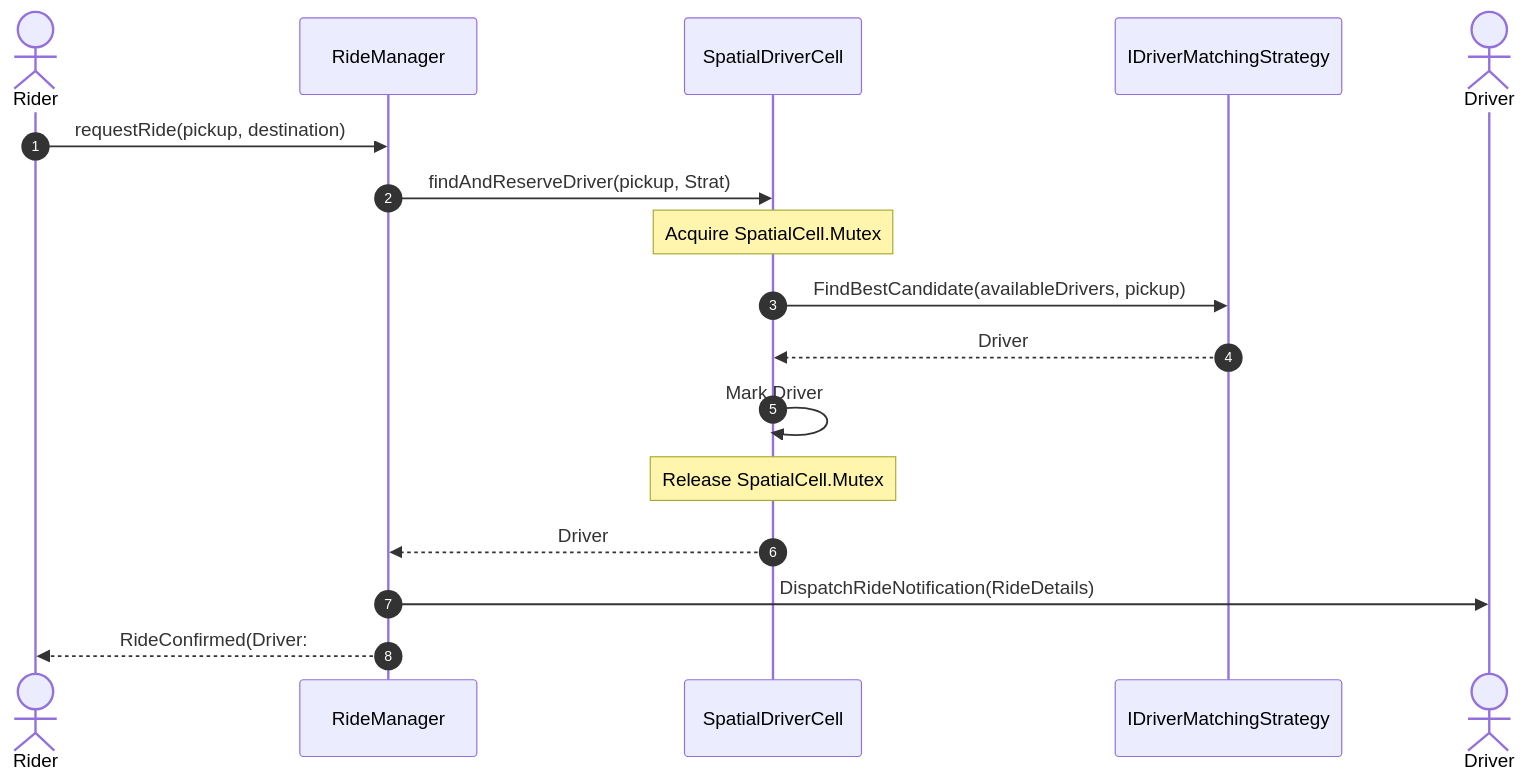
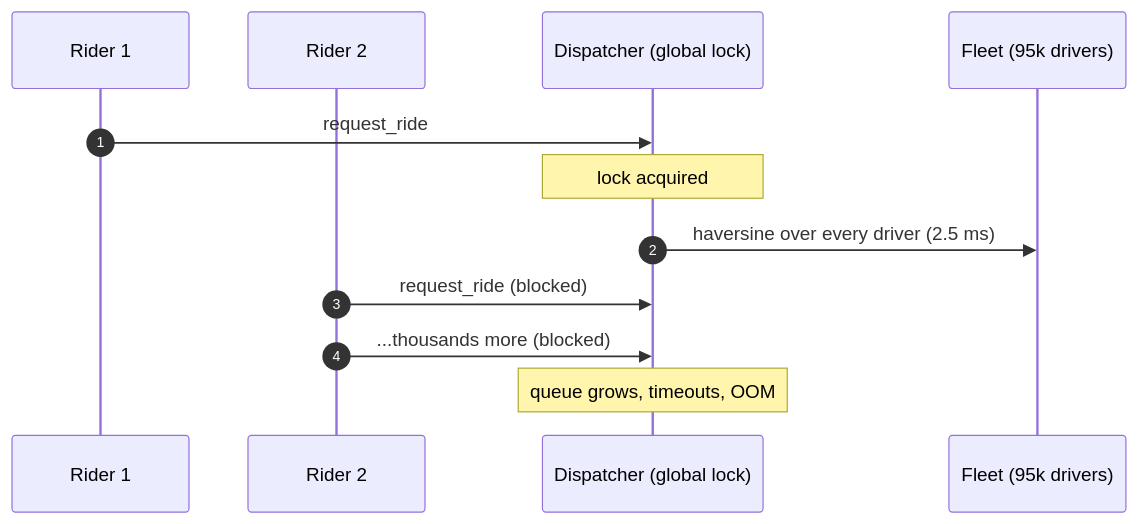
One commit to TapanKumarBarik/Backend-roadmap changed the fourth of 4 diagrams in content/lld/17-ride-sharing/README.md. Above: the diagram before and after it, drawn with Mermaid. The commit also changed other lines of this file and 68 other files, not shown here.

````diff
--- a/content/lld/17-ride-sharing/README.md
+++ b/content/lld/17-ride-sharing/README.md
@@ -48,20 +1118,15 @@
 ```mermaid
 sequenceDiagram
-    autonumber
-    actor Rider
-    participant Mgr as RideManager
-    participant Cell as SpatialDriverCell
-    participant Strat as IDriverMatchingStrategy
-    actor Driver
+  autonumber
+  participant R1 as Rider 1
+  participant R2 as Rider 2
+  participant D as Dispatcher (global lock)
+  participant F as Fleet (95k drivers)
 
-    Rider->>Mgr: requestRide(pickup, destination)
-    Mgr->>Cell: findAndReserveDriver(pickup, Strat)
-    Note over Cell: Acquire SpatialCell.Mutex
-    Cell->>Strat: FindBestCandidate(availableDrivers, pickup)
-    Strat-->>Cell: Driver #D-842 (Dist: 0.4 miles)
-    Cell->>Cell: Mark Driver #D-842 UNAVAILABLE
-    Note over Cell: Release SpatialCell.Mutex
-    Cell-->>Mgr: Driver #D-842 Assigned
-    Mgr->>Driver: DispatchRideNotification(RideDetails)
-    Mgr-->>Rider: RideConfirmed(Driver: #D-842, ETA: 3 min)
+  R1->>D: request_ride
+  Note over D: lock acquired
+  D->>F: haversine over every driver (2.5 ms)
+  R2->>D: request_ride (blocked)
+  R2->>D: ...thousands more (blocked)
+  Note over D: queue grows, timeouts, OOM
 ```
````
